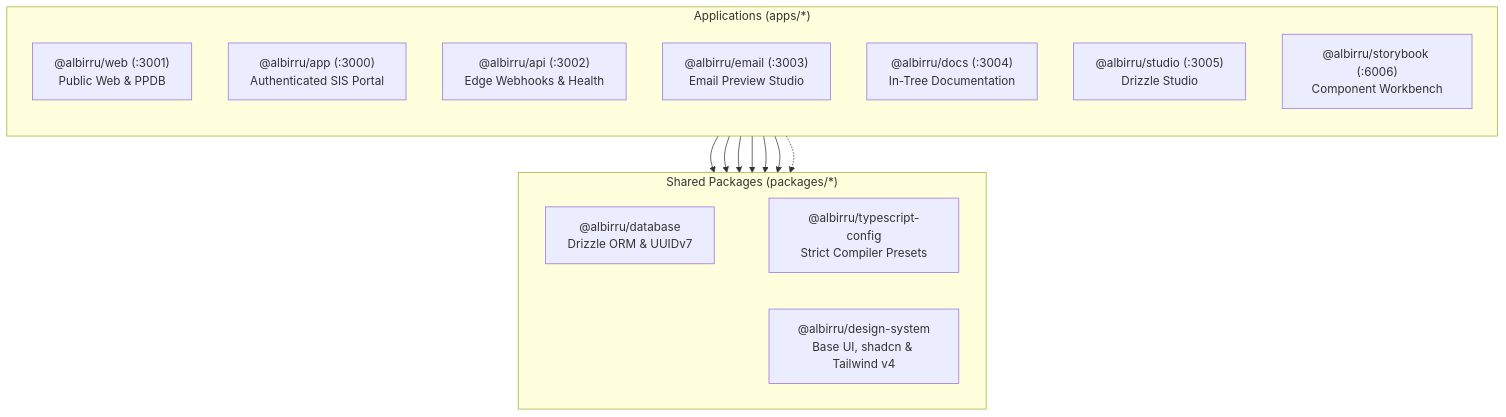
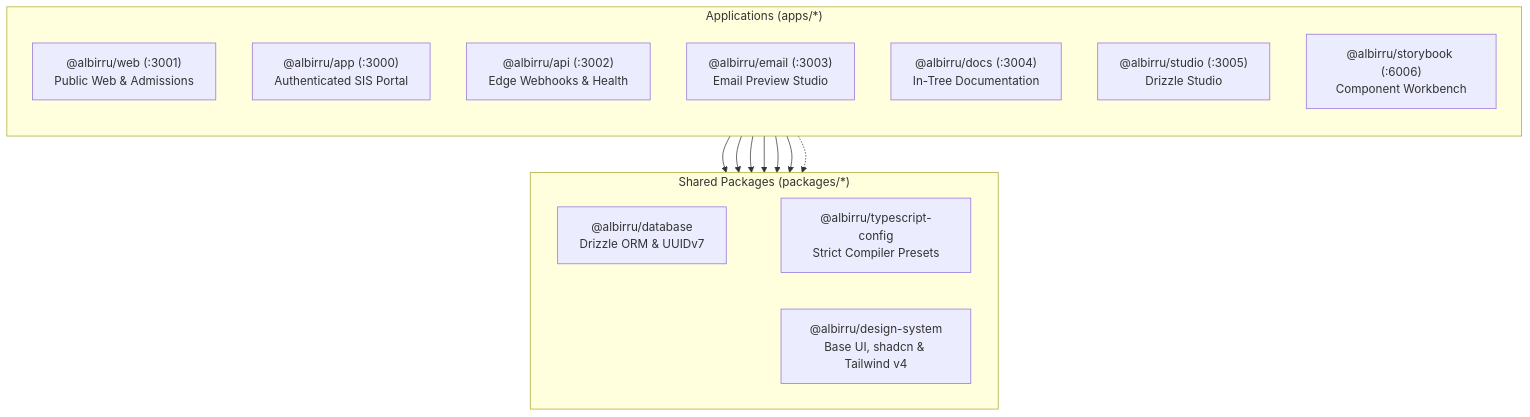
One commit to Mafrilearth/albirru-school-management-monorepo changed the diagram in README.md. Above: the diagram before and after it, drawn with Mermaid. The commit also changed other lines of this file and 31 other files, not shown here.

````diff
--- a/README.md
+++ b/README.md
@@ -42,29 +42,29 @@
 ```mermaid
 flowchart TD
     subgraph Apps ["Applications (apps/*)"]
         direction TB
-        Web["@albirru/web (:3001)<br/>Public Web & PPDB"]
+        Web["@albirru/web (:3001)<br/>Public Web & Admissions"]
         App["@albirru/app (:3000)<br/>Authenticated SIS Portal"]
         Api["@albirru/api (:3002)<br/>Edge Webhooks & Health"]
         Email["@albirru/email (:3003)<br/>Email Preview Studio"]
         Docs["@albirru/docs (:3004)<br/>In-Tree Documentation"]
         Studio["@albirru/studio (:3005)<br/>Drizzle Studio"]
         Storybook["@albirru/storybook (:6006)<br/>Component Workbench"]
     end
 
     subgraph Packages ["Shared Packages (packages/*)"]
         direction LR
         DB["@albirru/database<br/>Drizzle ORM & UUIDv7"]
         DS["@albirru/design-system<br/>Base UI, shadcn & Tailwind v4"]
         TS["@albirru/typescript-config<br/>Strict Compiler Presets"]
     end
 
     Web --> DB
     Web --> DS
     App --> DB
     App --> DS
     Api --> DB
     Storybook --> DS
     Apps -.-> TS
     Packages -.-> TS
 ```
````
